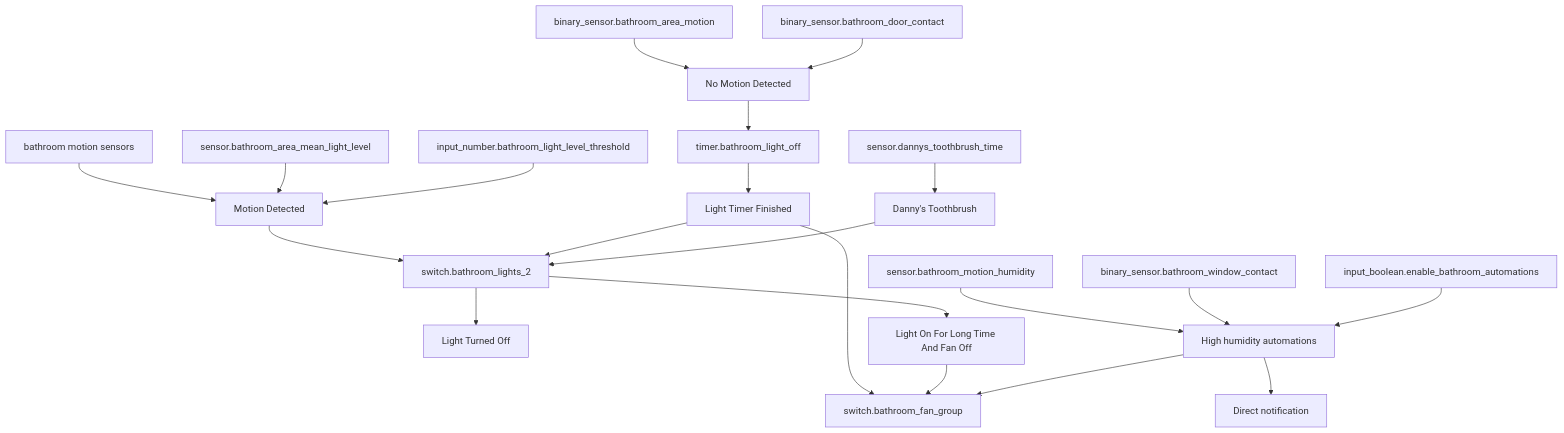
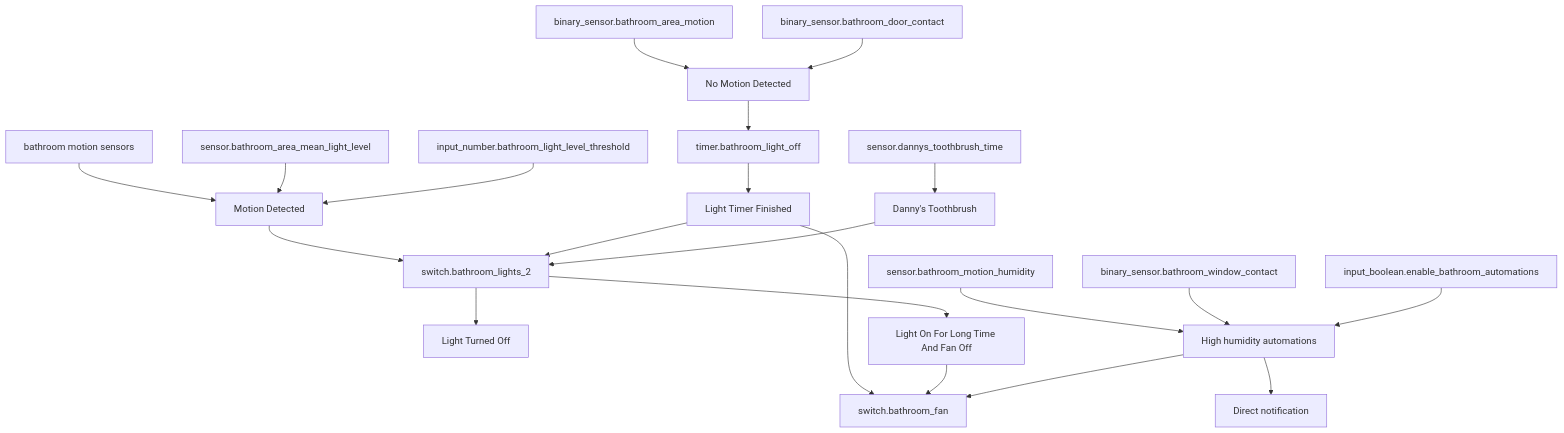
The first of 2 diagrams in packages/rooms/bathroom_README.md (dannytsang/homeassistant-config), drawn with Mermaid before and after one commit. The commit also changed other lines of this file and 1 other file, not shown here.

Commit message:
Removed bathroom fan group.

````diff
--- a/packages/rooms/bathroom_README.md
+++ b/packages/rooms/bathroom_README.md
@@ -27,24 +27,24 @@
 ```mermaid
 flowchart TB
     Motion[bathroom motion sensors] --> MotionAuto[Motion Detected]
     AreaMotion[binary_sensor.bathroom_area_motion] --> NoMotion[No Motion Detected]
     Door[binary_sensor.bathroom_door_contact] --> NoMotion
     LightLevel[sensor.bathroom_area_mean_light_level] --> MotionAuto
     Threshold[input_number.bathroom_light_level_threshold] --> MotionAuto
     Timer[timer.bathroom_light_off] --> TimerDone[Light Timer Finished]
     Light[switch.bathroom_lights_2] --> LightOff[Light Turned Off]
     Light --> LongLight[Light On For Long Time And Fan Off]
     Humidity[sensor.bathroom_motion_humidity] --> HumidityAuto[High humidity automations]
     Window[binary_sensor.bathroom_window_contact] --> HumidityAuto
     Enable[input_boolean.enable_bathroom_automations] --> HumidityAuto
     Toothbrush[sensor.dannys_toothbrush_time] --> ToothbrushAuto[Danny's Toothbrush]
 
     MotionAuto --> Light
     NoMotion --> Timer
     TimerDone --> Light
-    TimerDone --> Fan[switch.bathroom_fan_group]
+    TimerDone --> Fan[switch.bathroom_fan]
     LongLight --> Fan
     HumidityAuto --> Fan
     HumidityAuto --> Notify[Direct notification]
     ToothbrushAuto --> Light
 ```
````
